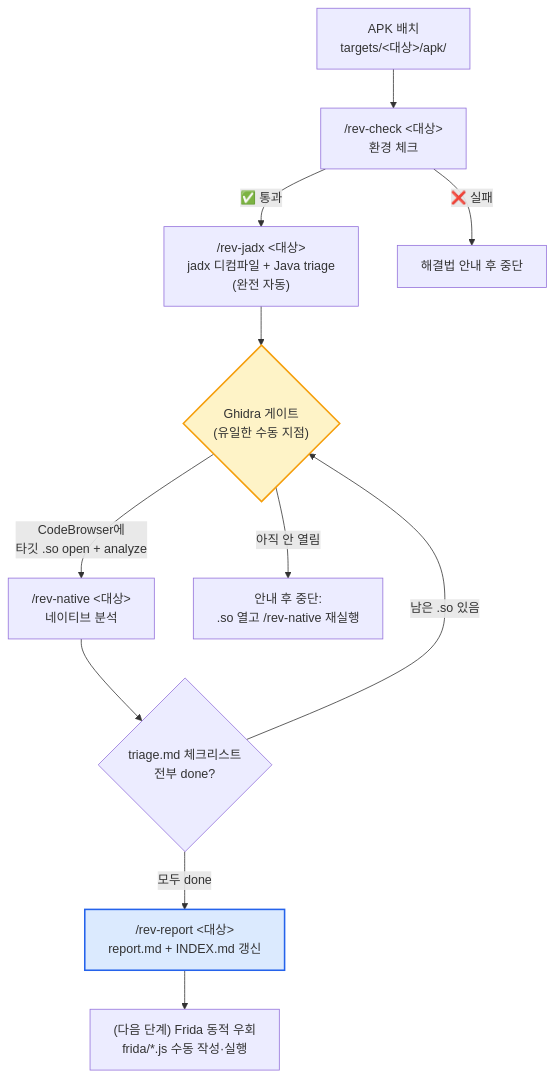
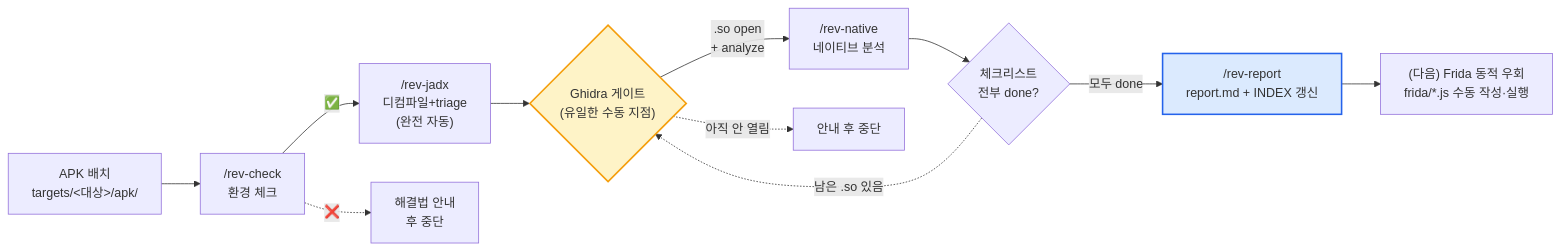
One commit to uachoi/revkit changed the first of 3 diagrams in README.md. Above: the diagram before and after it, drawn with Mermaid. The commit also changed other lines of this file and 1 other file, not shown here.

First line of the commit message:
docs: mermaid 다이어그램을 가로(LR) 방향으로 변경

````diff
--- a/README.md
+++ b/README.md
@@ -31,16 +31,16 @@
 ```mermaid
-flowchart TD
-    A["APK 배치<br/>targets/&lt;대상&gt;/apk/"] --> B["/rev-check &lt;대상&gt;<br/>환경 체크"]
-    B -->|✅ 통과| C["/rev-jadx &lt;대상&gt;<br/>jadx 디컴파일 + Java triage<br/>(완전 자동)"]
-    B -->|❌ 실패| B1["해결법 안내 후 중단"]
+flowchart LR
+    A["APK 배치<br/>targets/&lt;대상&gt;/apk/"] --> B["/rev-check<br/>환경 체크"]
+    B -->|✅| C["/rev-jadx<br/>디컴파일+triage<br/>(완전 자동)"]
+    B -.->|❌| B1["해결법 안내<br/>후 중단"]
     C --> D{"Ghidra 게이트<br/>(유일한 수동 지점)"}
-    D -->|"CodeBrowser에<br/>타깃 .so open + analyze"| E["/rev-native &lt;대상&gt;<br/>네이티브 분석"]
-    D -->|아직 안 열림| D1["안내 후 중단:<br/>.so 열고 /rev-native 재실행"]
-    E --> F{"triage.md 체크리스트<br/>전부 done?"}
-    F -->|"남은 .so 있음"| D
-    F -->|모두 done| G["/rev-report &lt;대상&gt;<br/>report.md + INDEX.md 갱신"]
-    G --> H["(다음 단계) Frida 동적 우회<br/>frida/*.js 수동 작성·실행"]
+    D -->|".so open<br/>+ analyze"| E["/rev-native<br/>네이티브 분석"]
+    D -.->|아직 안 열림| D1["안내 후 중단"]
+    E --> F{"체크리스트<br/>전부 done?"}
+    F -.->|남은 .so 있음| D
+    F -->|모두 done| G["/rev-report<br/>report.md + INDEX 갱신"]
+    G --> H["(다음) Frida 동적 우회<br/>frida/*.js 수동 작성·실행"]
 
     style D fill:#fef3c7,stroke:#f59e0b,stroke-width:2px
     style G fill:#dbeafe,stroke:#2563eb,stroke-width:2px
 ```
````
